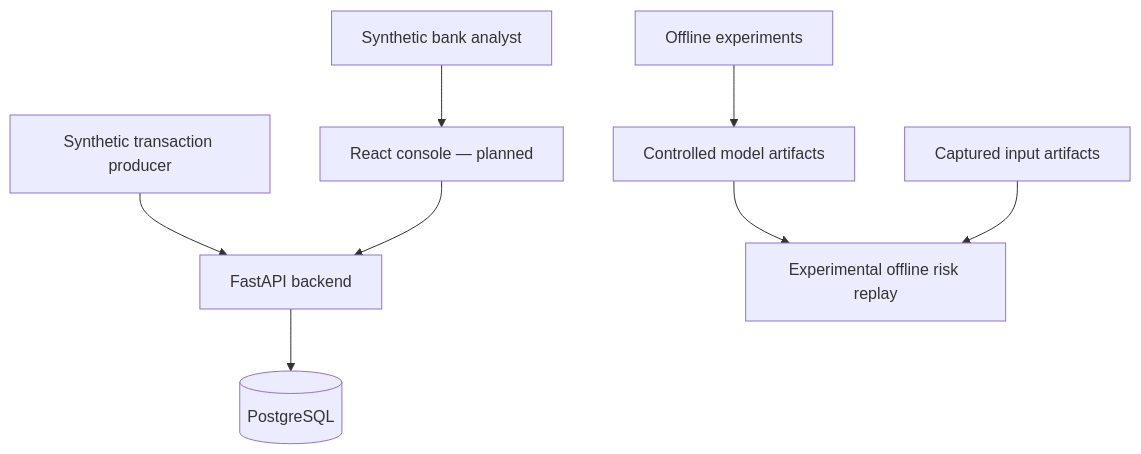
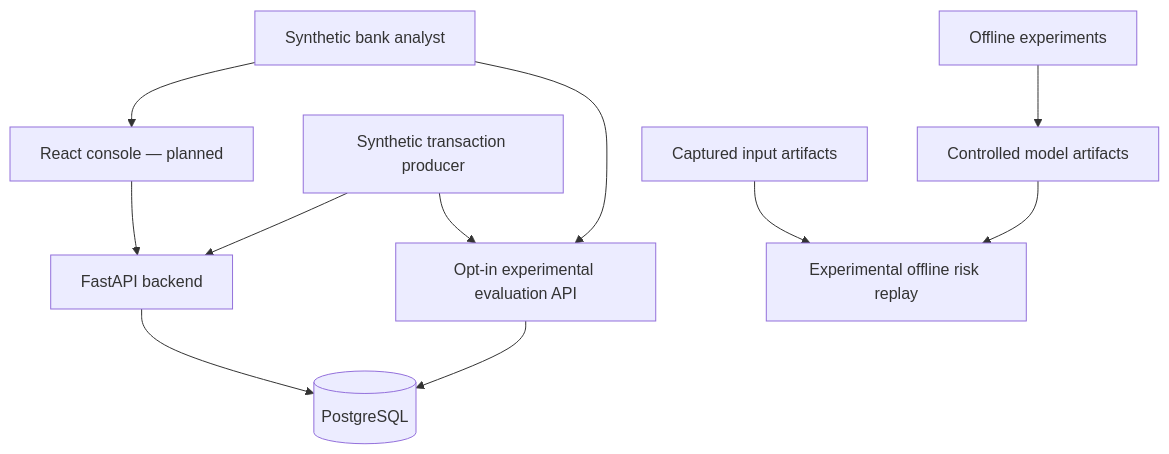
Before and after one commit to nuchaaa/FraudLens: the diagram in docs/architecture/README.md, drawn with Mermaid. The commit also changed other lines of this file and 27 other files, not shown here.

Commit message:
Add durable experimental evaluations and analyst review

````diff
--- a/docs/architecture/README.md
+++ b/docs/architecture/README.md
@@ -5,10 +5,13 @@
 ```mermaid
 flowchart TB
   Analyst[Synthetic bank analyst] --> Web[React console — planned]
   Service[Synthetic transaction producer] --> API[FastAPI backend]
   Web --> API
   API --> DB[(PostgreSQL)]
   Train[Offline experiments] --> Artifacts[Controlled model artifacts]
   Artifacts --> Replay[Experimental offline risk replay]
   Context[Captured input artifacts] --> Replay
+  Service --> Eval[Opt-in experimental evaluation API]
+  Analyst --> Eval
+  Eval --> DB
 ```
````
